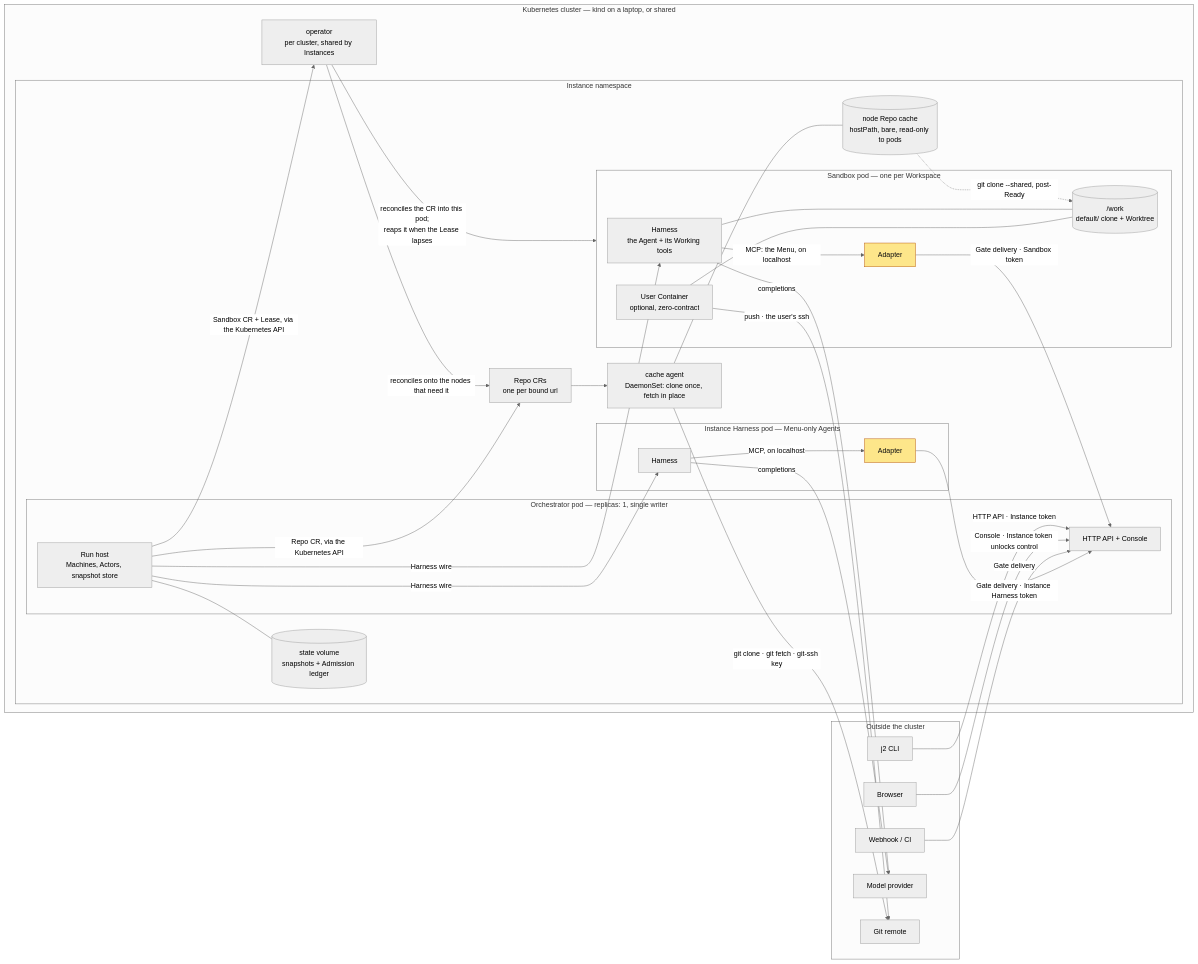
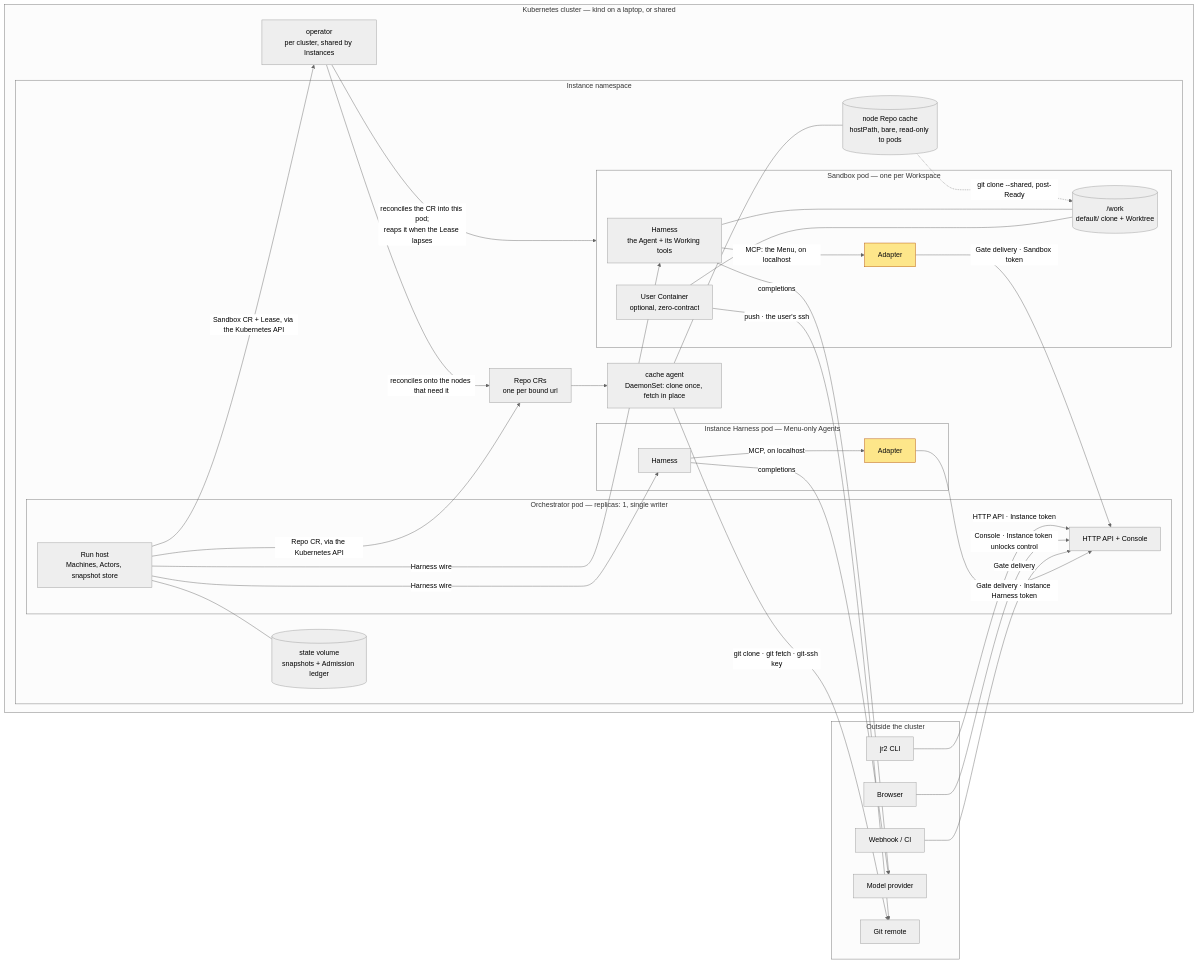
One commit to snapwich/jr2 changed the first of 4 diagrams in docs/architecture.md. Above: the diagram before and after it, drawn with Mermaid (neutral theme). The commit also changed other lines of this file and 313 other files, not shown here.

````diff
--- a/docs/architecture.md
+++ b/docs/architecture.md
@@ -31,64 +31,64 @@
 ```mermaid
 flowchart LR
   subgraph outside["Outside the cluster"]
-    cli["j2 CLI"]
+    cli["jr2 CLI"]
     browser["Browser"]
     hook["Webhook / CI"]
     provider["Model provider"]
     remote["Git remote"]
   end
 
   subgraph cluster["Kubernetes cluster — kind on a laptop, or shared"]
     operator["operator<br/>per cluster, shared by Instances"]
 
     subgraph ns["Instance namespace"]
       subgraph orch["Orchestrator pod — replicas: 1, single writer"]
         api["HTTP API + Console"]
         host["Run host<br/>Machines, Actors, snapshot store"]
       end
       state[("state volume<br/>snapshots + Admission ledger")]
       repocr["Repo CRs<br/>one per bound url"]
       cagent["cache agent<br/>DaemonSet: clone once, fetch in place"]
       cache[("node Repo cache<br/>hostPath, bare, read-only to pods")]
 
       subgraph ih["Instance Harness pod — Menu-only Agents"]
         ihh["Harness"]
         iha["Adapter"]
       end
 
       subgraph sb["Sandbox pod — one per Workspace"]
         harness["Harness<br/>the Agent + its Working tools"]
         adapter["Adapter"]
         user["User Container<br/>optional, zero-contract"]
         work[("/work<br/>default/ clone + Worktree")]
       end
     end
   end
 
   cli -->|"HTTP API · Instance token"| api
   browser -->|"Console · Instance token unlocks control"| api
   hook -->|"Gate delivery"| api
   host -->|"Sandbox CR + Lease, via the Kubernetes API"| operator
   operator -->|"reconciles the CR into this pod;<br/>reaps it when the Lease lapses"| sb
   host -->|"Harness wire"| harness
   host -->|"Harness wire"| ihh
   harness -->|"MCP: the Menu, on localhost"| adapter
   adapter -->|"Gate delivery · Sandbox token"| api
   ihh -->|"MCP, on localhost"| iha
   iha -->|"Gate delivery · Instance Harness token"| api
   harness -->|"completions"| provider
   ihh -->|"completions"| provider
   host --- state
   host -->|"Repo CR, via the Kubernetes API"| repocr
   operator -->|"reconciles onto the nodes that need it"| repocr
   repocr --> cagent
   cagent -->|"git clone · git fetch · git-ssh key"| remote
   cagent --- cache
   cache -.->|"git clone --shared, post-Ready"| work
   harness --- work
   user --- work
   user -->|"push · the user's ssh"| remote
 
   classDef credential fill:#fde68a,stroke:#b45309,color:#111
   class adapter,iha credential
 ```
````
